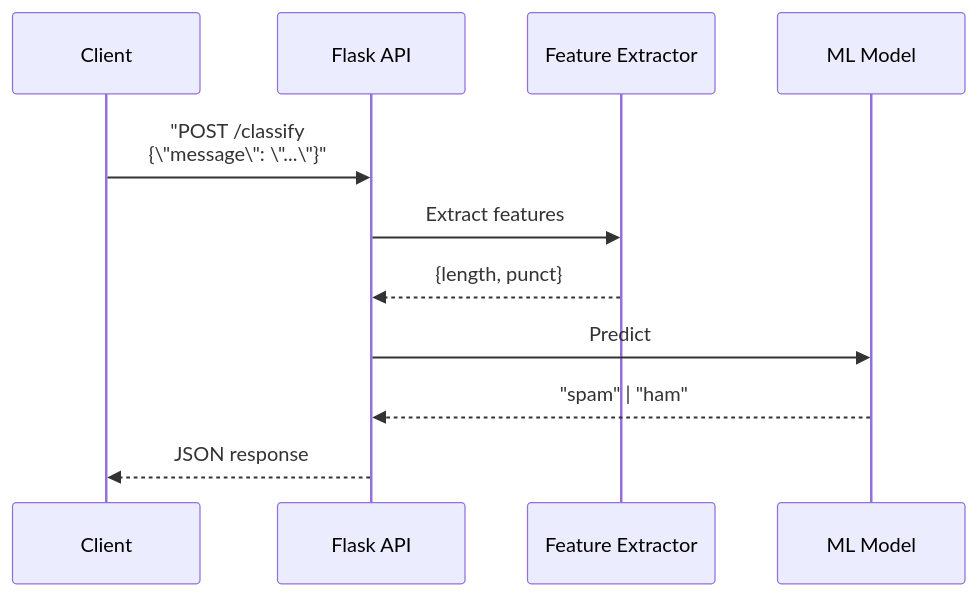
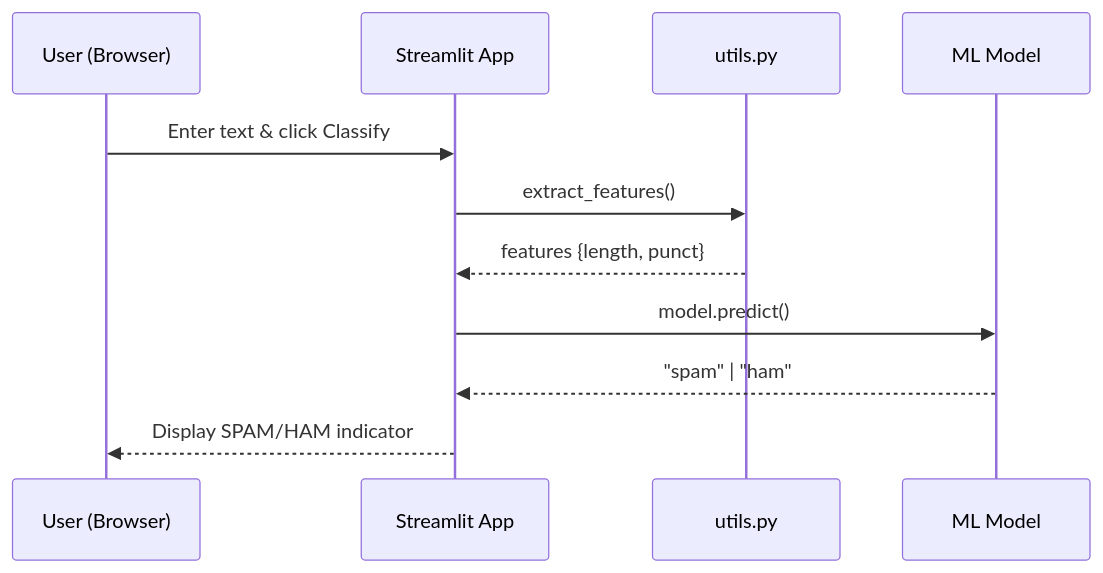
The third of 7 diagrams in docker/README.md (iportilla/5350-mlops), drawn with Mermaid before and after one commit. The commit also changed other lines of this file and 4 other files, not shown here.

````diff
--- a/docker/README.md
+++ b/docker/README.md
@@ -51,14 +54,14 @@
 ```mermaid
 sequenceDiagram
-    participant Client
-    participant Flask API
-    participant Feature Extractor
-    participant ML Model
+    participant user as User (Browser)
+    participant st as Streamlit App
+    participant utils as utils.py
+    participant model as ML Model
     
-    Client->>Flask API: "POST /classify<br/>{\"message\": \"...\"}"
-    Flask API->>Feature Extractor: Extract features
-    Feature Extractor-->>Flask API: {length, punct}
-    Flask API->>ML Model: Predict
-    ML Model-->>Flask API: "spam" | "ham"
-    Flask API-->>Client: JSON response
+    user->>st: Enter text & click Classify
+    st->>utils: extract_features()
+    utils-->>st: features {length, punct}
+    st->>model: model.predict()
+    model-->>st: "spam" | "ham"
+    st-->>user: Display SPAM/HAM indicator
 ```
````
